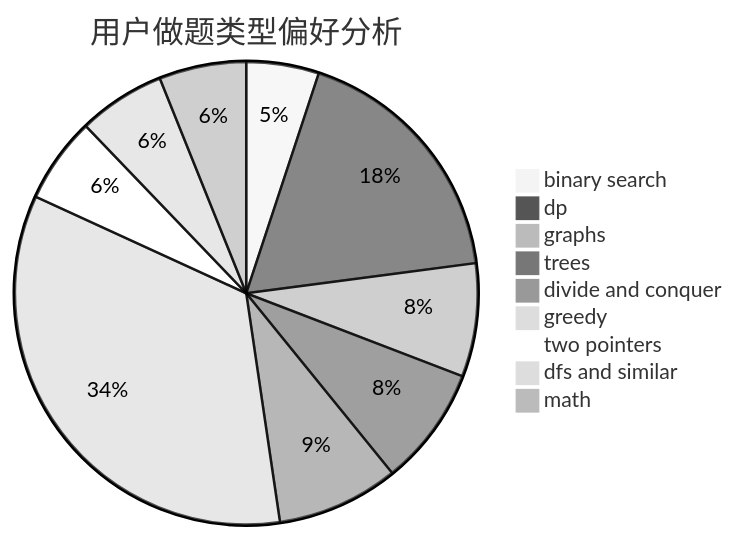
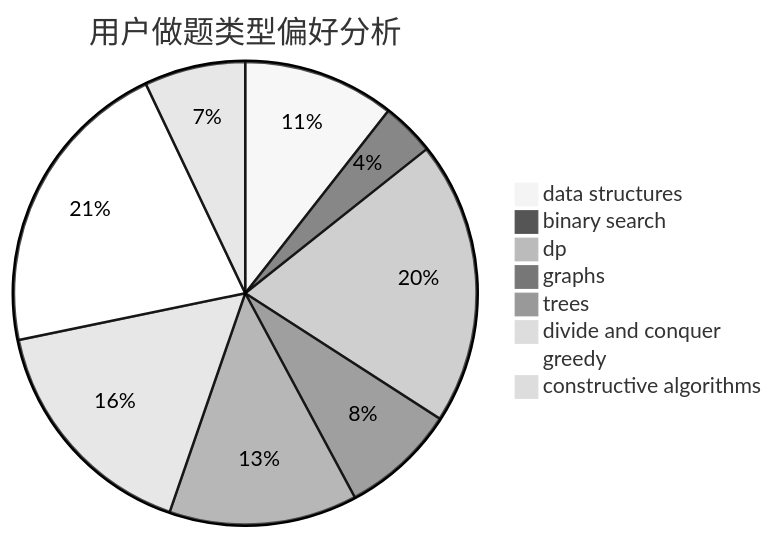
One commit to sherpahu/cfrs.github.io changed the second of 3 diagrams in docs/user/u1940.md. Above: the diagram before and after it, drawn with Mermaid (neutral theme). The commit also changed other lines of this file and 2775 other files, not shown here.

````diff
--- a/docs/user/u1940.md
+++ b/docs/user/u1940.md
@@ -23,12 +23,11 @@
 ```mermaid
 pie title 用户做题类型偏好分析
-    "binary search" :  50
-    "dp" :  176
-    "graphs" :  78
-    "trees" :  82
+    "data structures" :  54
+    "binary search" :  19
+    "dp" :  101
+    "graphs" :  41
+    "trees" :  67
     "divide and conquer" :  84
-    "greedy" :  337
-    "two pointers" :  59
-    "dfs and similar" :  60
-    "math" :  60
+    "greedy" :  108
+    "constructive algorithms" :  36
 ```
````
